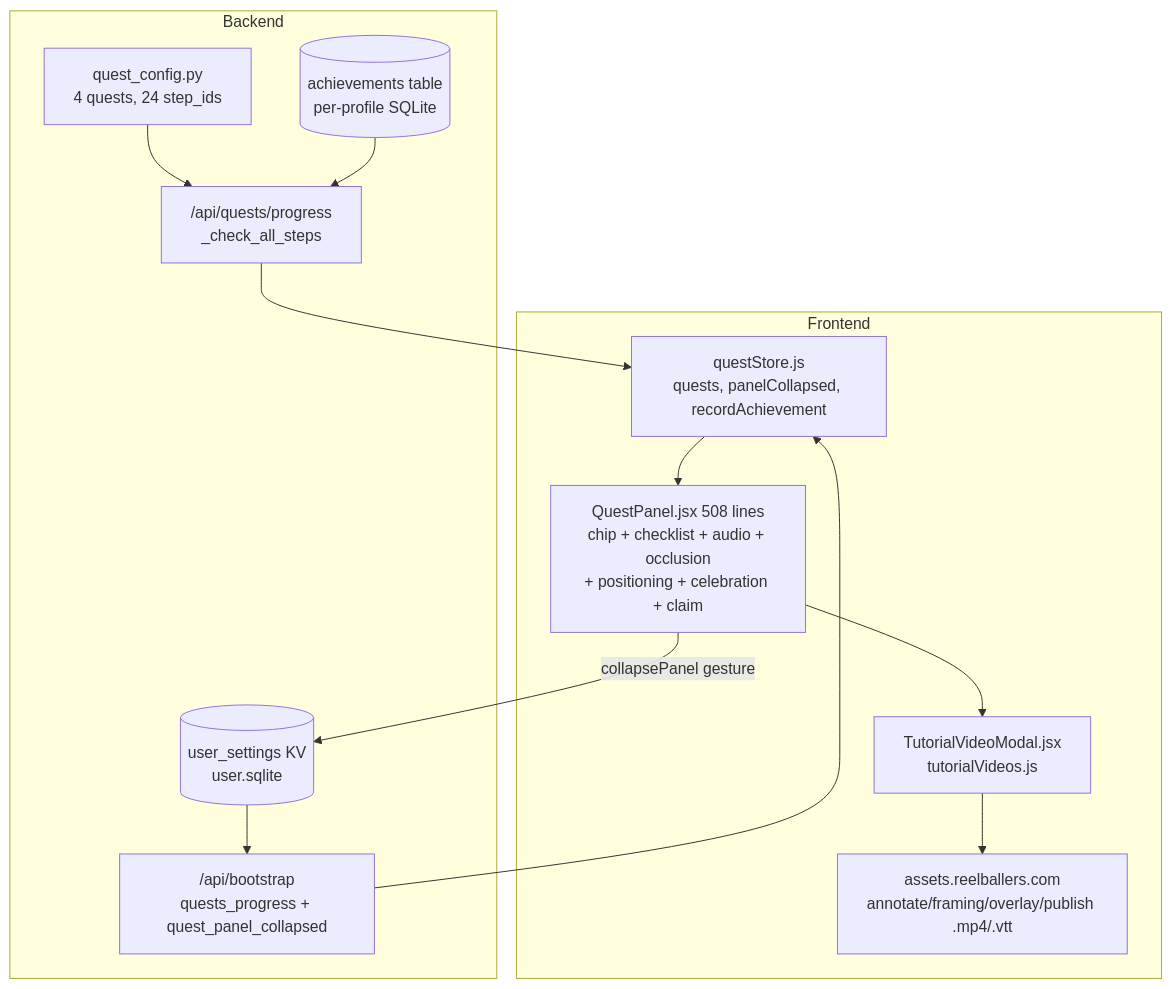
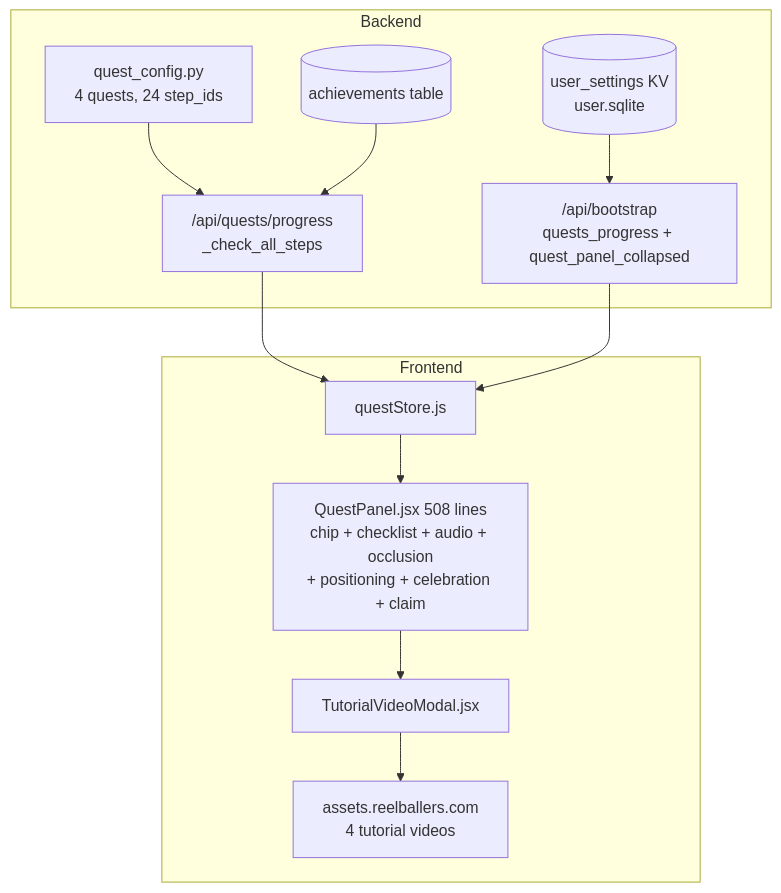
One commit to imankha/video-editor changed the first of 5 diagrams in docs/plans/tasks/T7620-design.md. Above: the diagram before and after it, drawn with Mermaid. The commit also changed other lines of this file and 2 other files, not shown here.

Commit message:
T7620: revised design (GUIDANCE_MAP spine, per-screen intent, push posture); WAITING ON USER round 2

````diff
--- a/docs/plans/tasks/T7620-design.md
+++ b/docs/plans/tasks/T7620-design.md
@@ -30,23 +35,20 @@
 ```mermaid
 flowchart TB
     subgraph backend[Backend]
         QC[quest_config.py<br/>4 quests, 24 step_ids]
         QR["/api/quests/progress<br/>_check_all_steps"]
-        ACH[(achievements table<br/>per-profile SQLite)]
+        ACH[(achievements table)]
         BS["/api/bootstrap<br/>quests_progress + quest_panel_collapsed"]
         US[(user_settings KV<br/>user.sqlite)]
     end
     subgraph frontend[Frontend]
-        QS[questStore.js<br/>quests, panelCollapsed, recordAchievement]
+        QS[questStore.js]
         QP[QuestPanel.jsx 508 lines<br/>chip + checklist + audio + occlusion<br/>+ positioning + celebration + claim]
-        TV[TutorialVideoModal.jsx<br/>tutorialVideos.js]
-        AS[assets.reelballers.com<br/>annotate/framing/overlay/publish .mp4/.vtt]
+        TV[TutorialVideoModal.jsx]
+        AS[assets.reelballers.com<br/>4 tutorial videos]
     end
     QC --> QR --> QS
     ACH --> QR
-    BS --> QS
-    US --> BS
-    QS --> QP
-    QP --> TV --> AS
-    QP -->|collapsePanel gesture| US
+    US --> BS --> QS
+    QS --> QP --> TV --> AS
 ```
````
